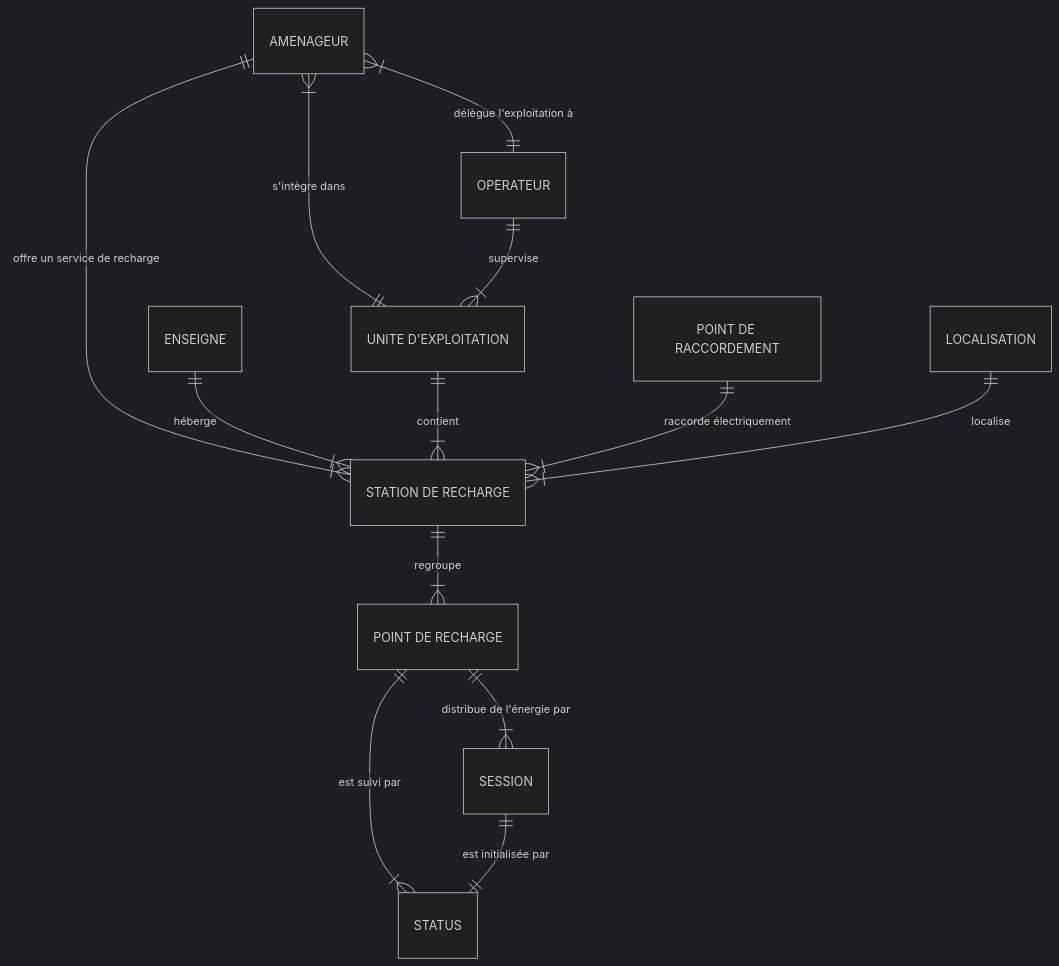
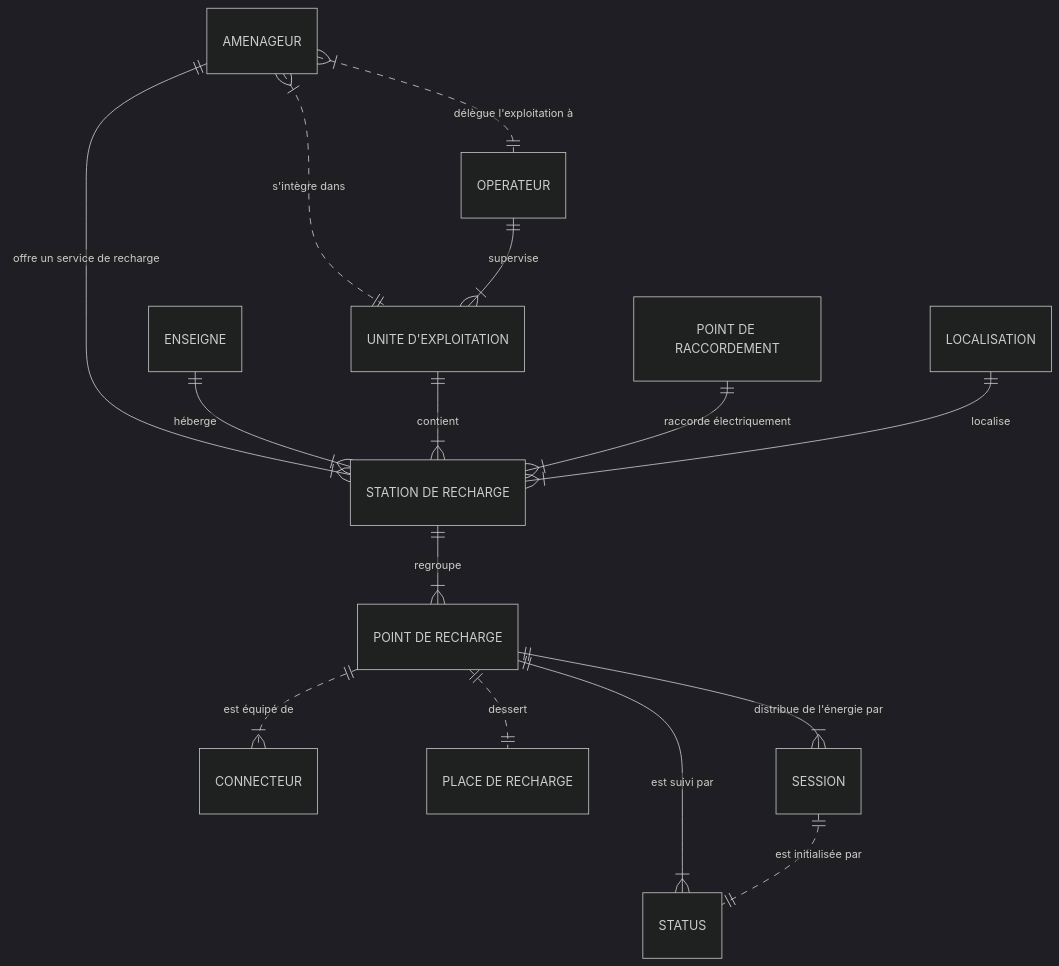
One commit to MTES-MCT/qualicharge changed the sixth of 17 diagrams in docs/modele.md. Above: the diagram before and after it, drawn with Mermaid (dark theme). The commit also changed other lines of this file, not shown here.

````diff
--- a/docs/modele.md
+++ b/docs/modele.md
@@ -208,15 +212,17 @@
 ```mermaid
 erDiagram
     AMENAGEUR ||--|{ "STATION DE RECHARGE" : "offre un service de recharge"
-    AMENAGEUR |{--|| "UNITE D'EXPLOITATION" : "s'intègre dans"
+    AMENAGEUR |{..|| "UNITE D'EXPLOITATION" : "s'intègre dans"
     ENSEIGNE ||--|{ "STATION DE RECHARGE": "héberge"
     OPERATEUR ||--|{ "UNITE D'EXPLOITATION": "supervise"
-    AMENAGEUR |{--|| OPERATEUR: "délègue l'exploitation à"
+    AMENAGEUR |{..|| OPERATEUR: "délègue l'exploitation à"
     "UNITE D'EXPLOITATION" ||--|{ "STATION DE RECHARGE": "contient"
     "POINT DE RACCORDEMENT" ||--|{ "STATION DE RECHARGE" : "raccorde électriquement"
     LOCALISATION ||--|{ "STATION DE RECHARGE": "localise"
     "STATION DE RECHARGE" ||--|{ "POINT DE RECHARGE" : regroupe
+    "POINT DE RECHARGE" ||..|{ "CONNECTEUR": "est équipé de"
+    "POINT DE RECHARGE" ||..|| "PLACE DE RECHARGE" : "dessert"
     "POINT DE RECHARGE" ||--|{ "STATUS" : "est suivi par"
     "POINT DE RECHARGE" ||--|{ "SESSION" : "distribue de l'énergie par"
-    "SESSION" ||--|| "STATUS" : "est initialisée par"
+    "SESSION" ||..|| "STATUS" : "est initialisée par"
 ```
````
